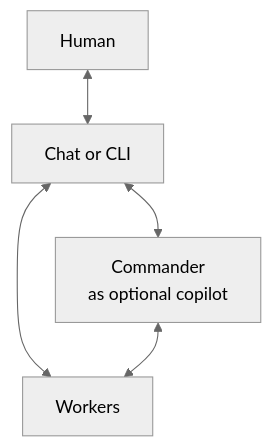
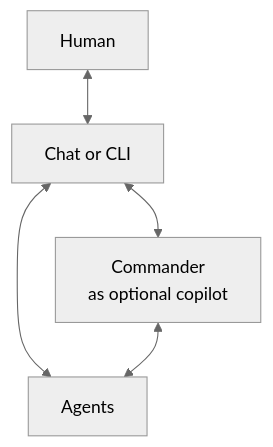
The diagram in README.md (swiknaba/digitaltwin), drawn with Mermaid (neutral theme) before and after one commit. The commit also changed other lines of this file and 72 other files, not shown here.

````diff
--- a/README.md
+++ b/README.md
@@ -16,12 +16,12 @@
 ```mermaid
 flowchart TD
   human[Human]
   access[Chat or CLI]
   commander[Commander<br/> as optional copilot]
-  workers[Workers]
+  agents[Agents]
 
   human <--> access
-  access <--> workers
+  access <--> agents
   access <--> commander
-  commander <--> workers
+  commander <--> agents
 ```
````
